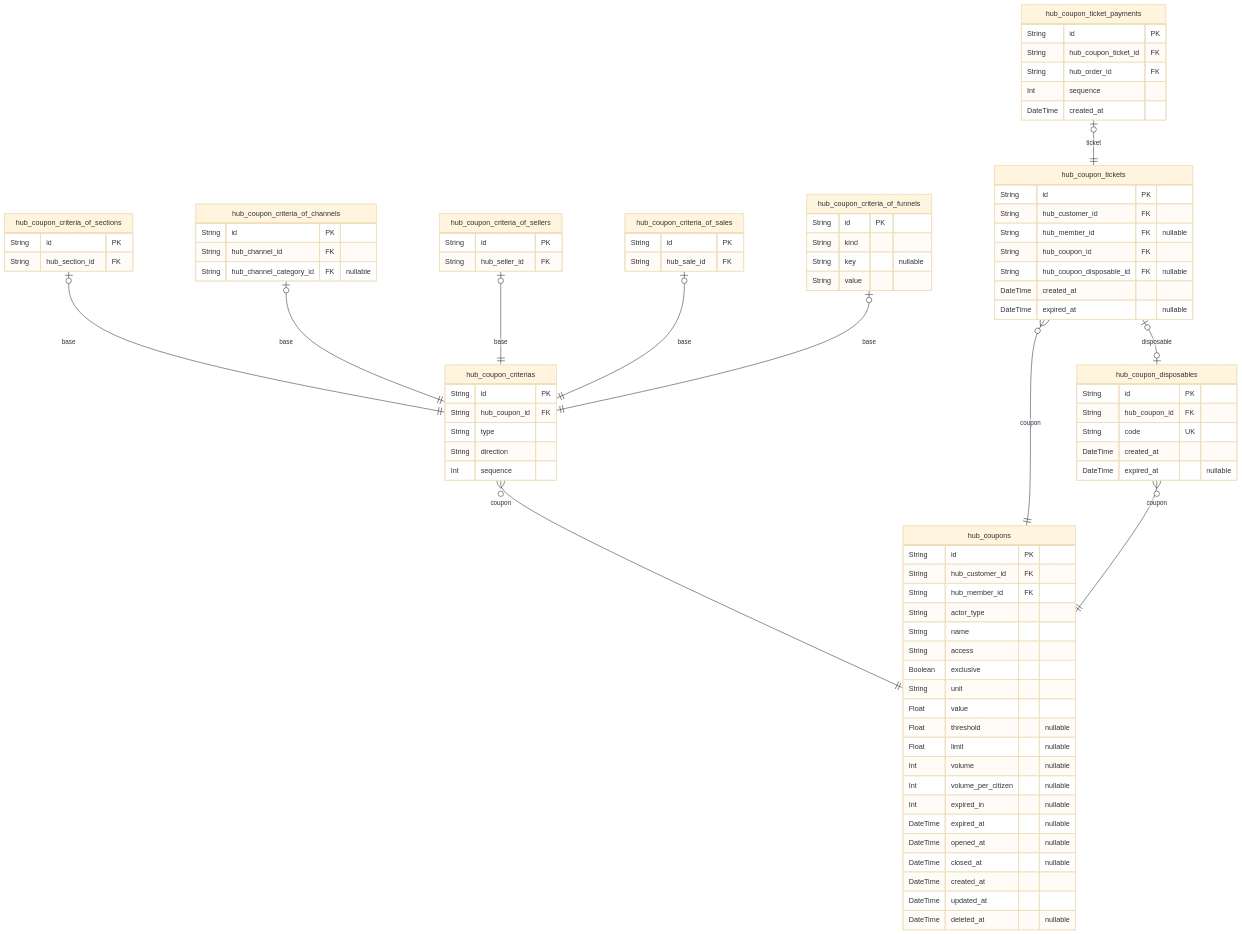
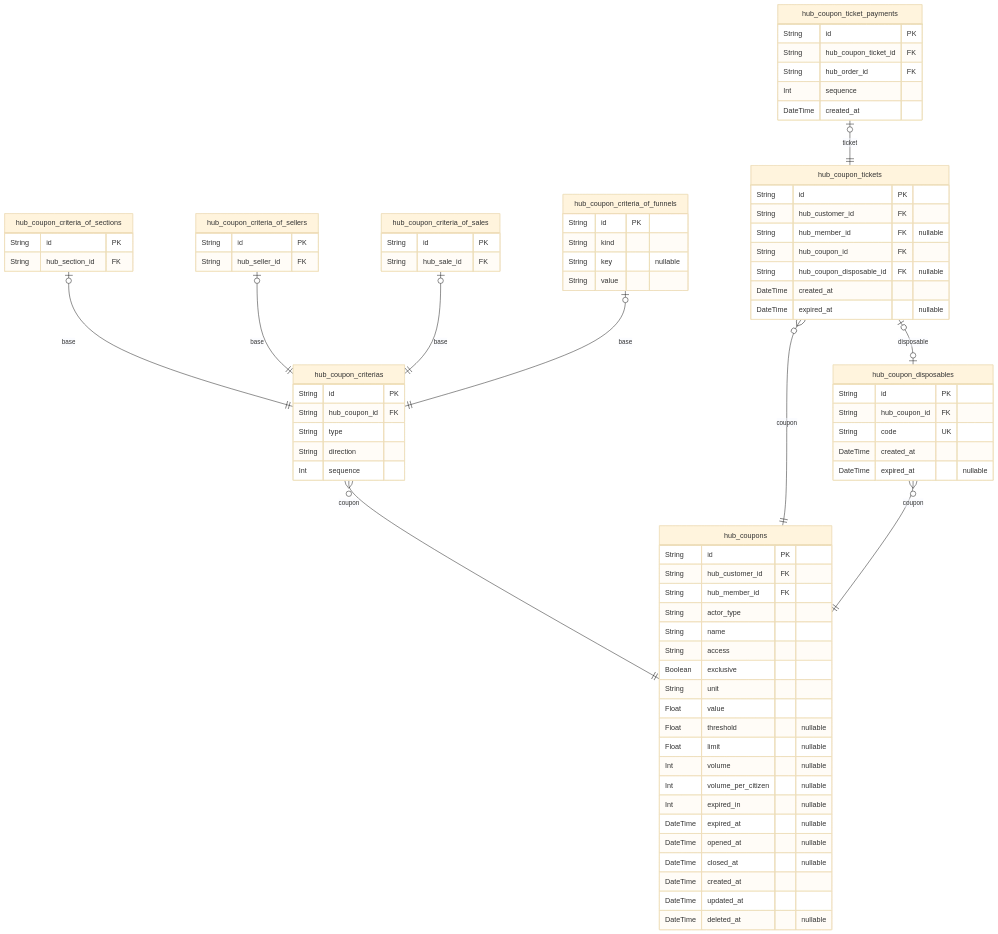
One commit to wrtnlabs/backend changed diagram 11 of 17 in docs/ERD.md. Above: the diagram before and after it, drawn with Mermaid (base theme). The commit also changed other lines of this file and 1088 other files, not shown here.

```diff
--- a/docs/ERD.md
+++ b/docs/ERD.md
@@ -2872,11 +2816,6 @@
 "hub_coupon_criteria_of_sections" {
   String id PK
   String hub_section_id FK
-}
-"hub_coupon_criteria_of_channels" {
-  String id PK
-  String hub_channel_id FK
-  String hub_channel_category_id FK "nullable"
 }
 "hub_coupon_criteria_of_sellers" {
   String id PK
@@ -2917,7 +2856,6 @@
 }
 "hub_coupon_criterias" }o--|| "hub_coupons" : coupon
 "hub_coupon_criteria_of_sections" |o--|| "hub_coupon_criterias" : base
-"hub_coupon_criteria_of_channels" |o--|| "hub_coupon_criterias" : base
 "hub_coupon_criteria_of_sellers" |o--|| "hub_coupon_criterias" : base
 "hub_coupon_criteria_of_sales" |o--|| "hub_coupon_criterias" : base
 "hub_coupon_criteria_of_funnels" |o--|| "hub_coupon_criterias" : base
```
